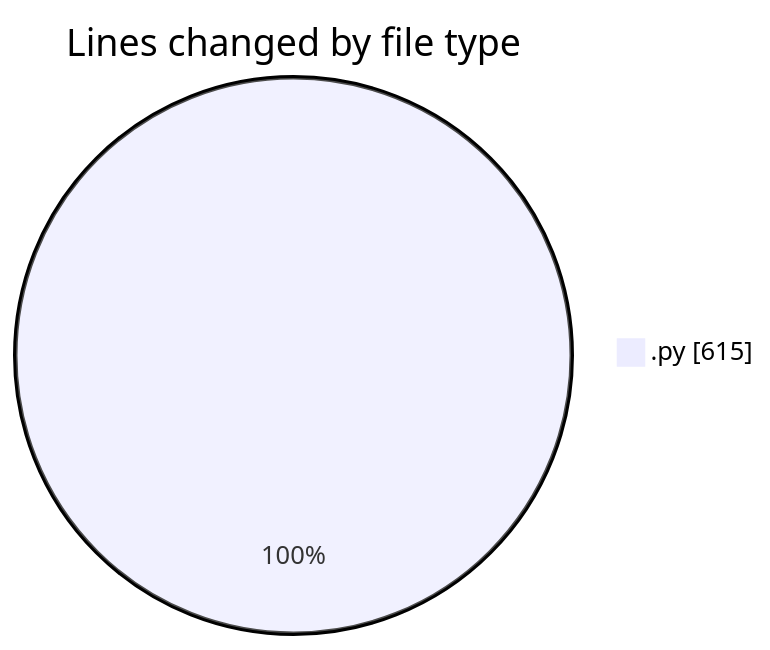
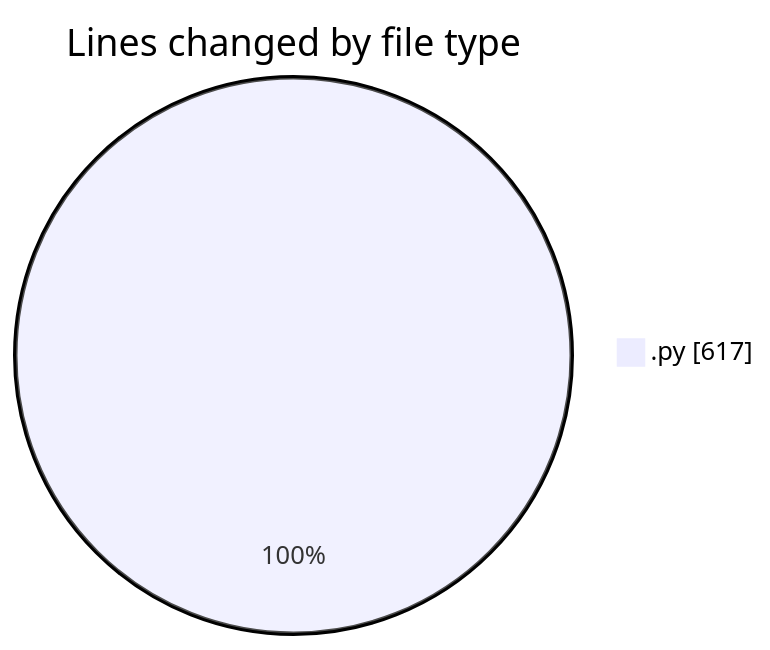
The first of 2 diagrams in 2025-03-25/samplepdf/README.md (momahboobian/code-tracking), drawn with Mermaid before and after one commit. The commit also changed other lines of this file and 1 other file, not shown here.

````diff
--- a/2025-03-25/samplepdf/README.md
+++ b/2025-03-25/samplepdf/README.md
@@ -24,5 +24,5 @@
 ```mermaid
 pie showData
 title Lines changed by file type
-".py" : 615
+".py" : 617
 ```
````
